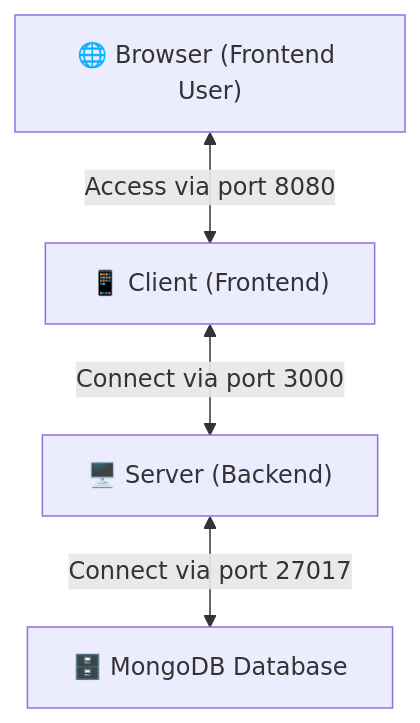
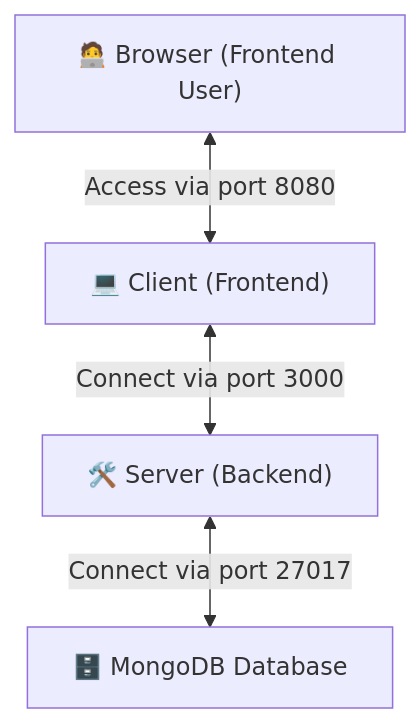
One commit to the-greatest-veigar-ever/COSC2767-RMIT-Store changed the diagram in README.md. Above: the diagram before and after it, drawn with Mermaid.

````diff
--- a/README.md
+++ b/README.md
@@ -60,6 +60,6 @@
 ```mermaid
 graph TD
-    Browser["🌐 Browser (Frontend User)"] <-->|Access via port 8080| Client["📱 Client (Frontend)"]
-    Client <-->|Connect via port 3000| Server["🖥️ Server (Backend)"]
+    Browser["🧑‍💻 Browser (Frontend User)"] <-->|Access via port 8080| Client["💻 Client (Frontend)"]
+    Client <-->|Connect via port 3000| Server["🛠️ Server (Backend)"]
     Server <-->|Connect via port 27017| Database["🗄️ MongoDB Database"]
 ```
````
